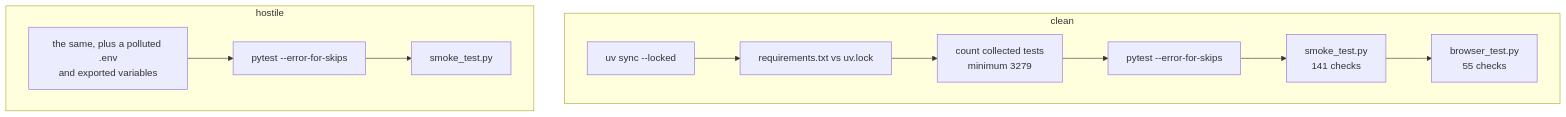
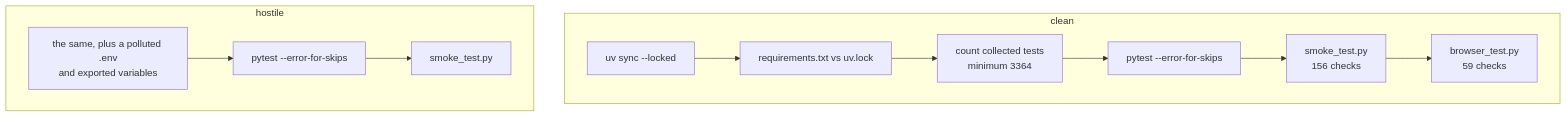
One commit to IAMN1/link-shortener changed the diagram in docs/testing.md. Above: the diagram before and after it, drawn with Mermaid. The commit also changed other lines of this file and 72 other files, not shown here.

````diff
--- a/docs/testing.md
+++ b/docs/testing.md
@@ -399,12 +409,12 @@
 ```mermaid
 flowchart TD
     subgraph clean["clean"]
         C1[uv sync --locked] --> C2[requirements.txt vs uv.lock]
-        C2 --> C3[count collected tests<br/>minimum 3279] --> C4[pytest --error-for-skips]
-        C4 --> C5[smoke_test.py<br/>141 checks] --> C6[browser_test.py<br/>55 checks]
+        C2 --> C3[count collected tests<br/>minimum 3364] --> C4[pytest --error-for-skips]
+        C4 --> C5[smoke_test.py<br/>156 checks] --> C6[browser_test.py<br/>59 checks]
     end
     subgraph hostile["hostile"]
         H1[the same, plus a polluted .env<br/>and exported variables] --> H2[pytest --error-for-skips]
         H2 --> H3[smoke_test.py]
     end
 ```
````
